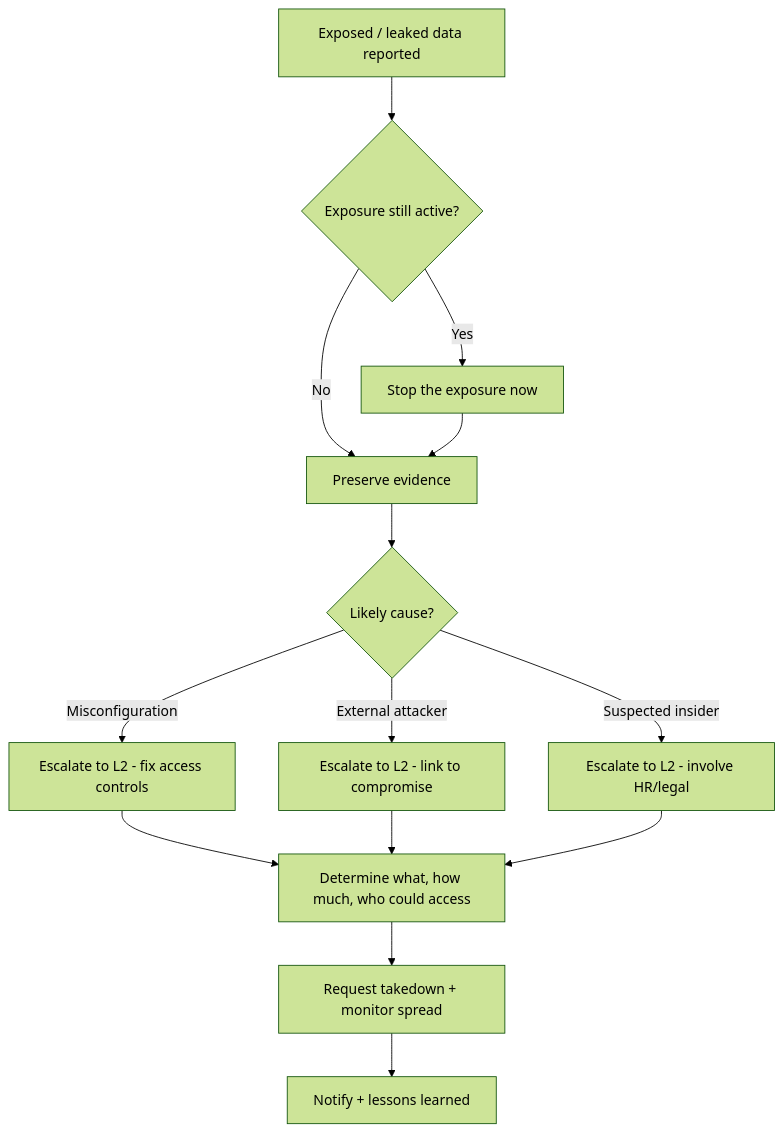
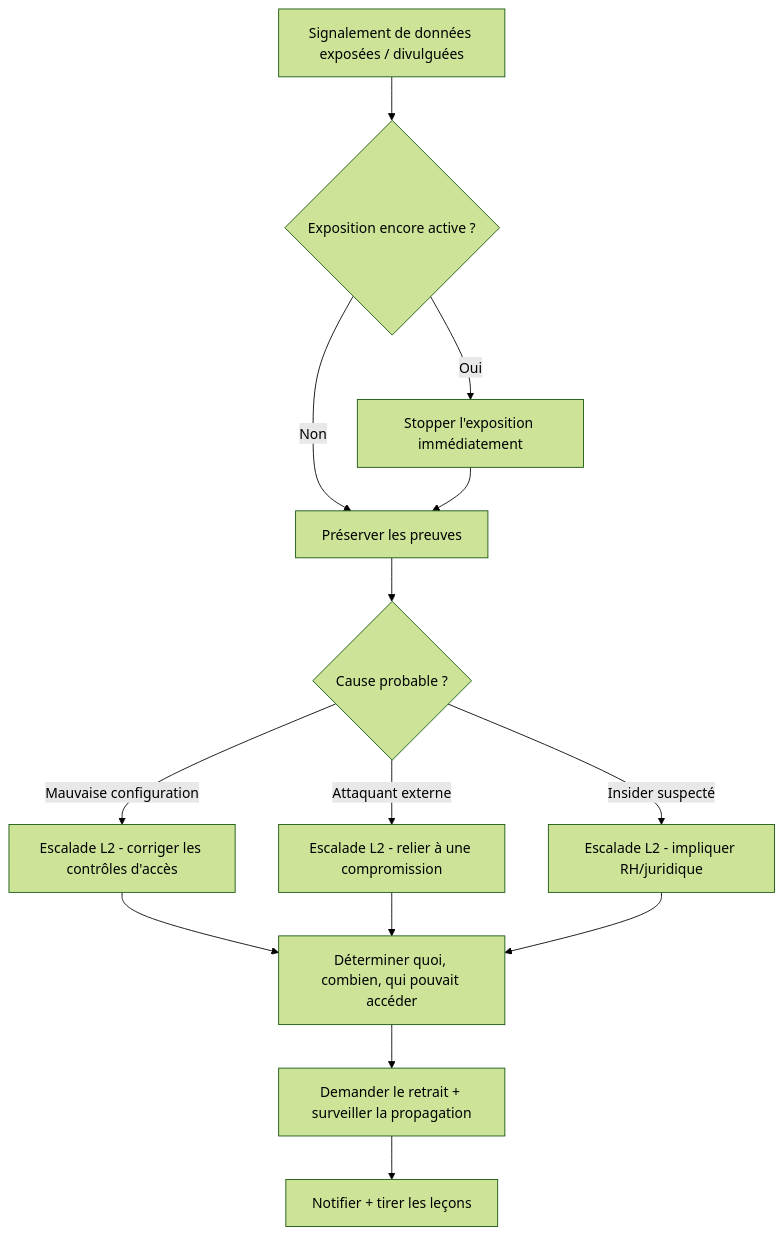
The diagram in docs/fr/runbooks/data-leak.md (MiracleDvm/ir-firstline), drawn with Mermaid (forest theme) before and after one commit. The commit also changed 11 other files, not shown here.

Commit message:
Translate Mermaid decision tree labels into French on all FR runbooks

````diff
--- a/docs/fr/runbooks/data-leak.md
+++ b/docs/fr/runbooks/data-leak.md
@@ -29,16 +29,16 @@
 ```mermaid
 flowchart TD
-    A[Exposed / leaked data reported] --> B{Exposure still active?}
-    B -->|Yes| C[Stop the exposure now]
-    B -->|No| D[Preserve evidence]
+    A[Signalement de données exposées / divulguées] --> B{Exposition encore active ?}
+    B -->|Oui| C[Stopper l'exposition immédiatement]
+    B -->|Non| D[Préserver les preuves]
     C --> D
-    D --> E{Likely cause?}
-    E -->|Misconfiguration| F[Escalate to L2 - fix access controls]
-    E -->|External attacker| G[Escalate to L2 - link to compromise]
-    E -->|Suspected insider| H[Escalate to L2 - involve HR/legal]
-    F --> I[Determine what, how much, who could access]
+    D --> E{Cause probable ?}
+    E -->|Mauvaise configuration| F[Escalade L2 - corriger les contrôles d'accès]
+    E -->|Attaquant externe| G[Escalade L2 - relier à une compromission]
+    E -->|Insider suspecté| H[Escalade L2 - impliquer RH/juridique]
+    F --> I[Déterminer quoi, combien, qui pouvait accéder]
     G --> I
     H --> I
-    I --> J[Request takedown + monitor spread]
-    J --> K[Notify + lessons learned]
+    I --> J[Demander le retrait + surveiller la propagation]
+    J --> K[Notifier + tirer les leçons]
 ```
````
